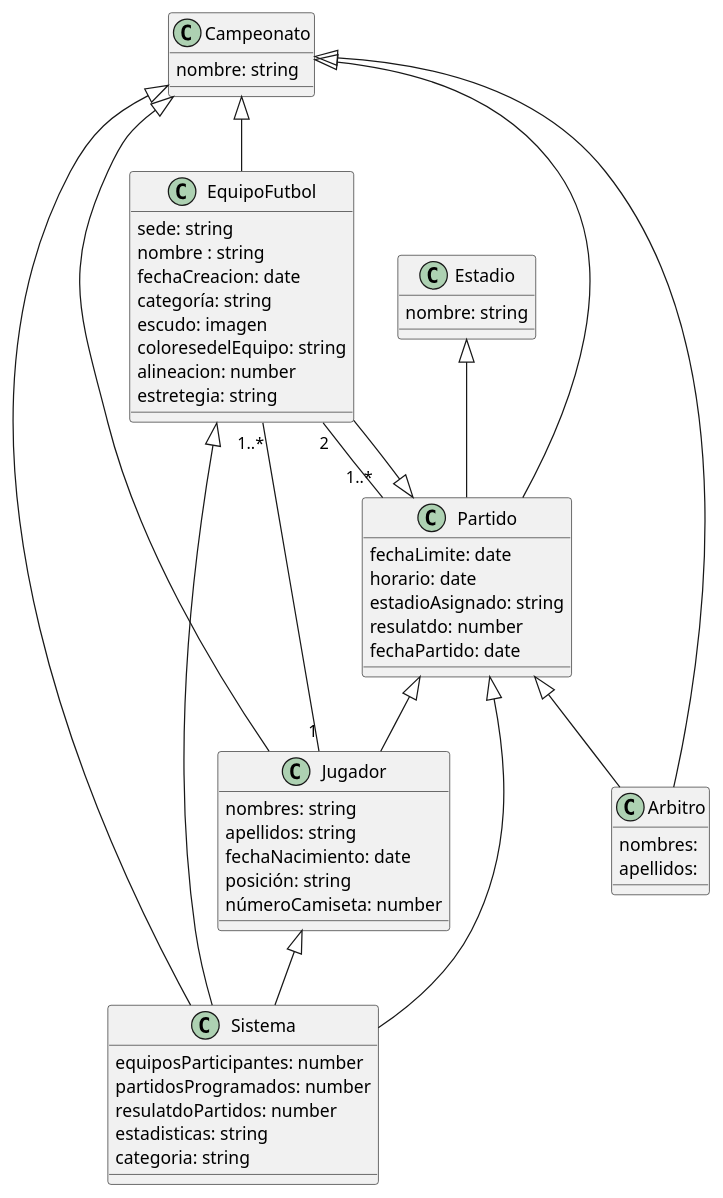
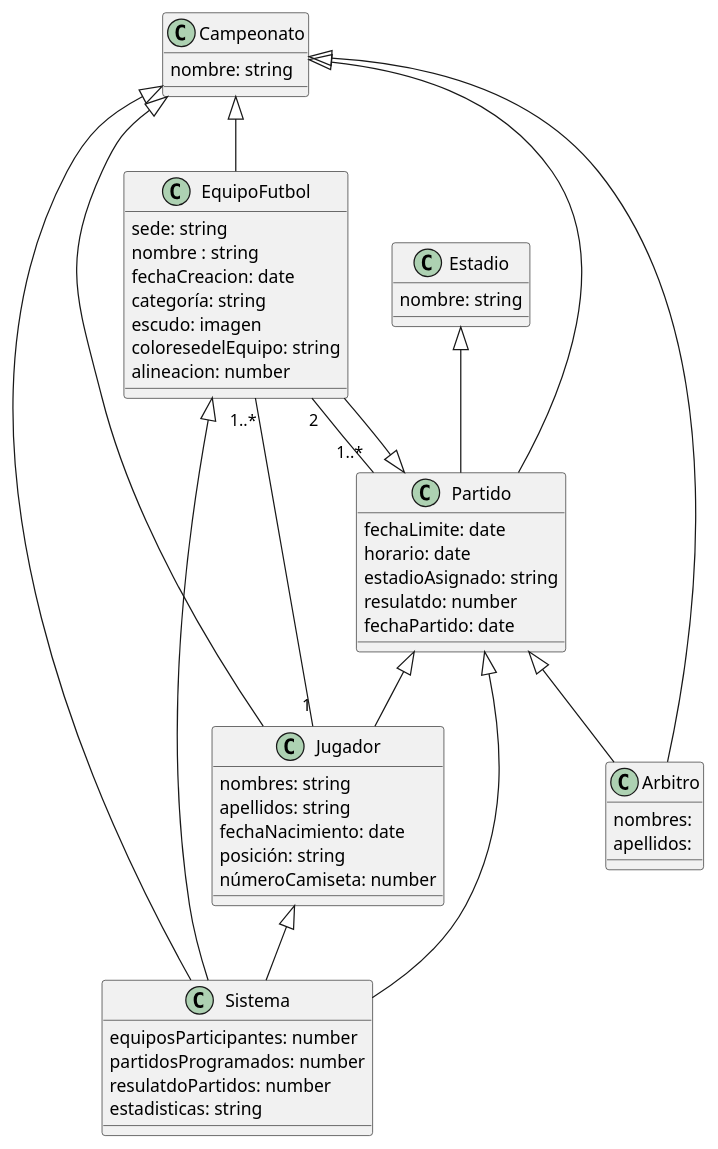
The diagram in SistemaCampeonatoFutbol/Plantilla-uml/Sistema-campeonato.puml (GabrielCarriel1/GestionCampeonato), drawn with PlantUML before and after one commit. The commit also changed 16 other files, not shown here.

```diff
--- a/SistemaCampeonatoFutbol/Plantilla-uml/Sistema-campeonato.puml
+++ b/SistemaCampeonatoFutbol/Plantilla-uml/Sistema-campeonato.puml
@@ -1,70 +1,68 @@
 @startuml sistema de gestion campeonato de fútbol
 
 
 class Campeonato {
 nombre: string
 
 }
 
 class EquipoFutbol {
 sede: string
 nombre : string
 fechaCreacion: date
 categoría: string
 escudo: imagen
 coloresedelEquipo: string
 alineacion: number
-estretegia: string
 }
 class Estadio {
 nombre: string
 }
 
  class Jugador {
 nombres: string
 apellidos: string
 fechaNacimiento: date
 posición: string
 númeroCamiseta: number 
 }
 
 class  Arbitro {
 nombres:
 apellidos:
 }
 
 class Partido  {
 fechaLimite: date 
 horario: date
 estadioAsignado: string
 resulatdo: number
 fechaPartido: date 
 }
 class Sistema {
 equiposParticipantes: number 
 partidosProgramados: number
 resulatdoPartidos: number
 estadisticas: string
-categoria: string 
 }
 
 
 Campeonato <|-- EquipoFutbol
 Campeonato <|-- Jugador
 Campeonato <|-- Arbitro
 Campeonato <|-- Partido
 
 Partido <|-- EquipoFutbol
 Partido <|-- Arbitro
 Partido <|-- Jugador
 
 Jugador "1" -- "1..*" EquipoFutbol
 EquipoFutbol "2" -- "1..*" Partido
 Estadio <|-- Partido
 
 EquipoFutbol <|-- Sistema
 Campeonato <|-- Sistema
 Partido <|-- Sistema
 Jugador <|-- Sistema
 
 @enduml
```
